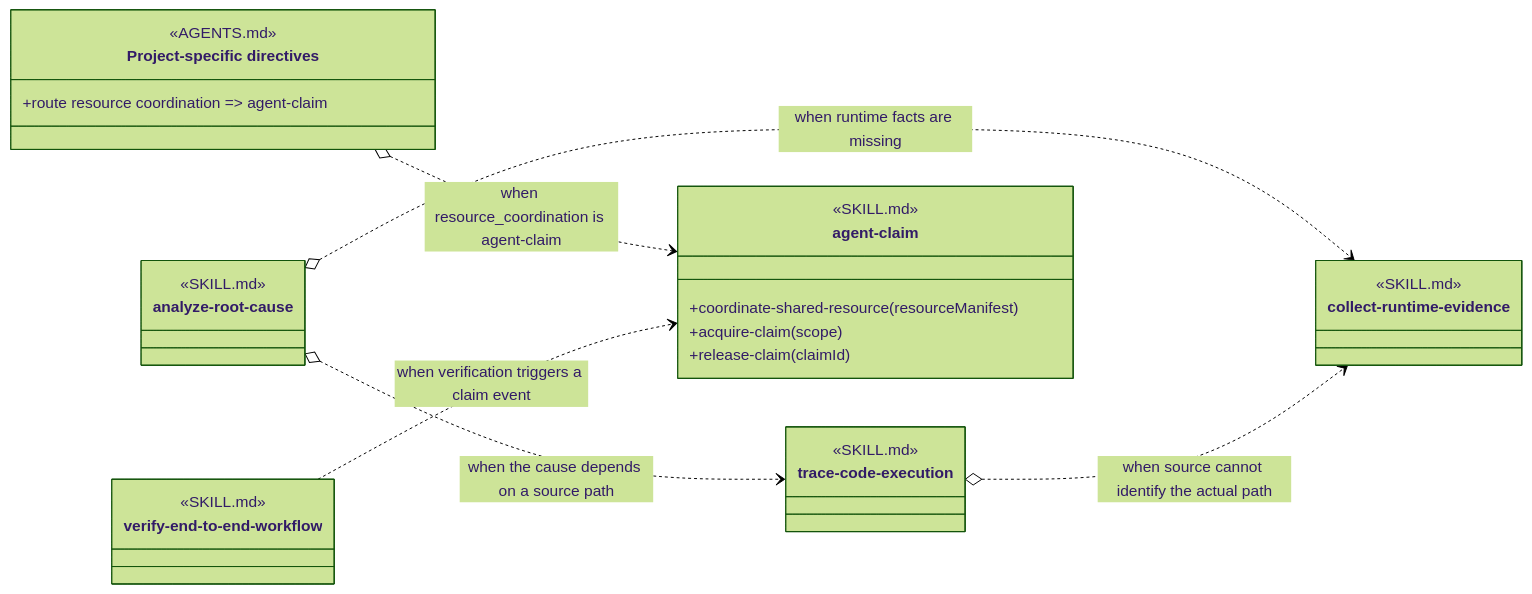
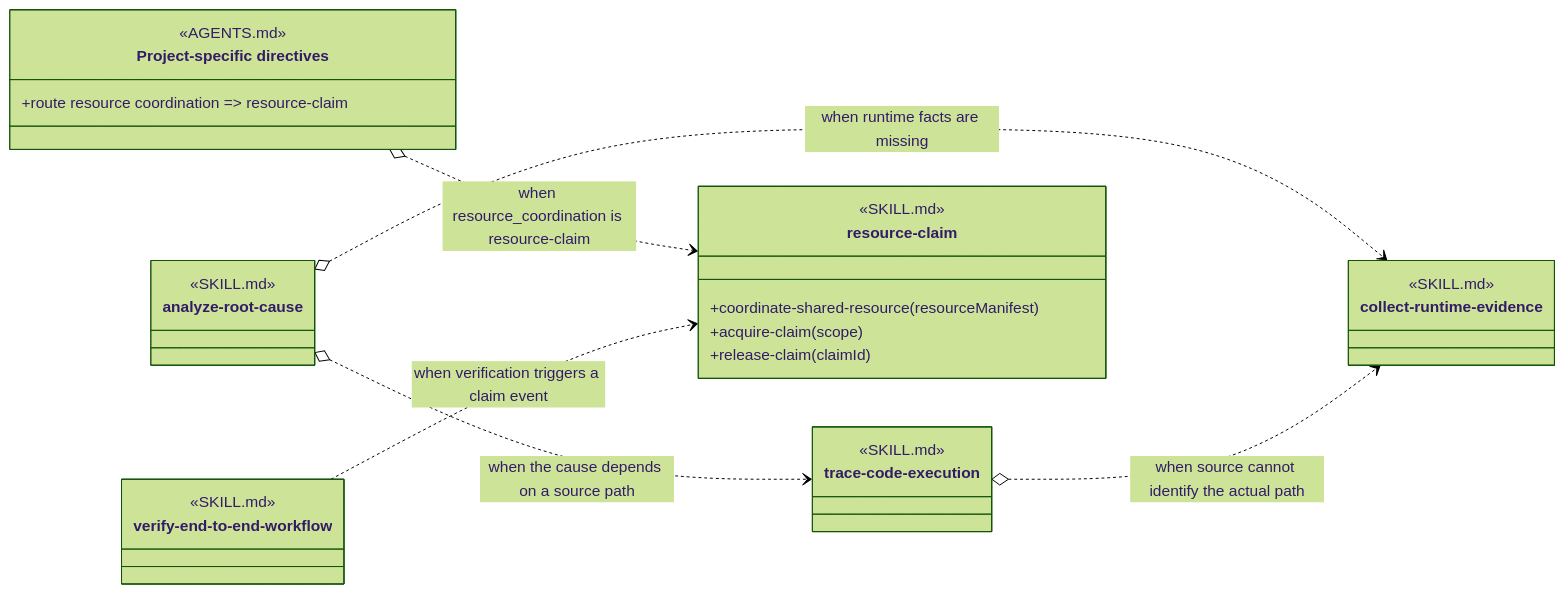
One commit to martinbechard/dev-methodology changed the sixth of 6 diagrams in design/skill-groups/review-and-verification.md. Above: the diagram before and after it, drawn with Mermaid (forest theme). The commit also changed other lines of this file and 136 other files, not shown here.

Commit message:
Rename agent claim family to resource claim

````diff
--- a/design/skill-groups/review-and-verification.md
+++ b/design/skill-groups/review-and-verification.md
@@ -260,35 +260,35 @@
 ```mermaid
 classDiagram
     direction LR
 
     class analyze-root-cause {
         <<SKILL.md>>
     }
     class trace-code-execution {
         <<SKILL.md>>
     }
     class collect-runtime-evidence {
         <<SKILL.md>>
     }
     class verify-end-to-end-workflow {
         <<SKILL.md>>
     }
     class ProjectSpecificDirectives["Project-specific directives"] {
         <<AGENTS.md>>
         <<routing>>
-        +route resource coordination => agent-claim
+        +route resource coordination => resource-claim
     }
-    class agent-claim {
+    class resource-claim {
         <<SKILL.md>>
         <<Cross-group>>
         +coordinate-shared-resource(resourceManifest)
         +acquire-claim(scope)
         +release-claim(claimId)
     }
 
     analyze-root-cause o..> trace-code-execution : when the cause depends on a source path
     analyze-root-cause o..> collect-runtime-evidence : when runtime facts are missing
     trace-code-execution o..> collect-runtime-evidence : when source cannot identify the actual path
-    ProjectSpecificDirectives o..> agent-claim : when resource_coordination is agent-claim
-    verify-end-to-end-workflow ..> agent-claim : when verification triggers a claim event
+    ProjectSpecificDirectives o..> resource-claim : when resource_coordination is resource-claim
+    verify-end-to-end-workflow ..> resource-claim : when verification triggers a claim event
 ```
````
